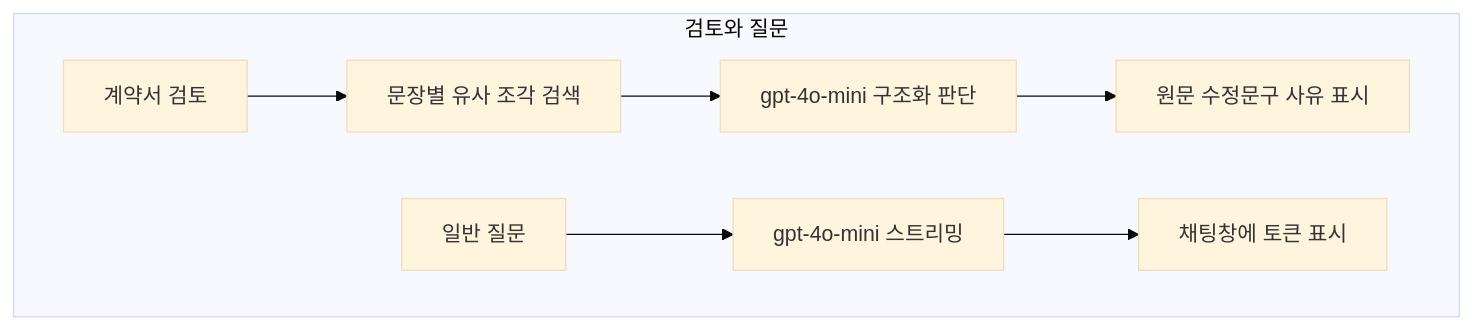
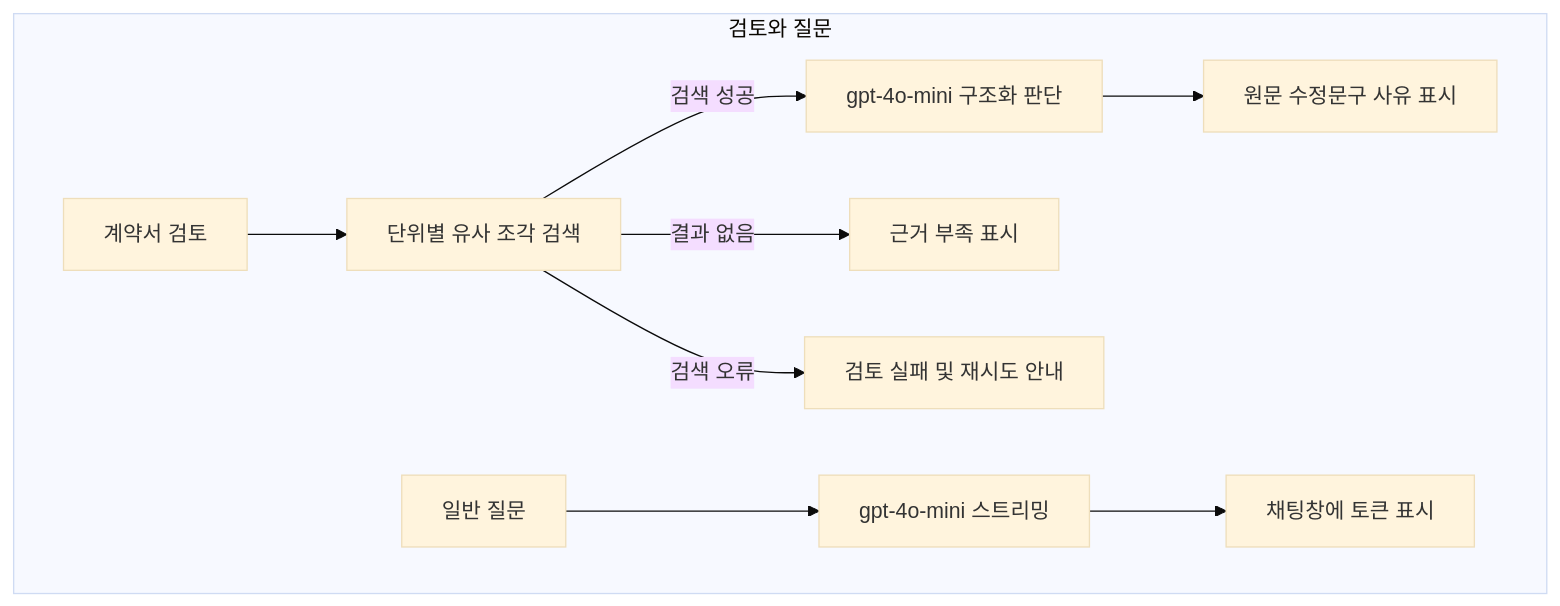
One commit to sngbae12/contract-review-rag changed the second of 2 diagrams in README.md. Above: the diagram before and after it, drawn with Mermaid (base theme). The commit also changed other lines of this file and 12 other files, not shown here.

````diff
--- a/README.md
+++ b/README.md
@@ -57,10 +62,12 @@
 ```mermaid
 flowchart TD
   subgraph review [검토와 질문]
-    J[계약서 검토] --> K[문장별 유사 조각 검색]
-    K --> L[gpt-4o-mini 구조화 판단]
-    L --> M[원문 수정문구 사유 표시]
-    N[일반 질문] --> O[gpt-4o-mini 스트리밍]
-    O --> P[채팅창에 토큰 표시]
+    M[계약서 검토] --> N[단위별 유사 조각 검색]
+    N -->|검색 성공| O[gpt-4o-mini 구조화 판단]
+    N -->|결과 없음| P[근거 부족 표시]
+    N -->|검색 오류| Q[검토 실패 및 재시도 안내]
+    O --> R[원문 수정문구 사유 표시]
+    S[일반 질문] --> T[gpt-4o-mini 스트리밍]
+    T --> U[채팅창에 토큰 표시]
   end
 ```
````
